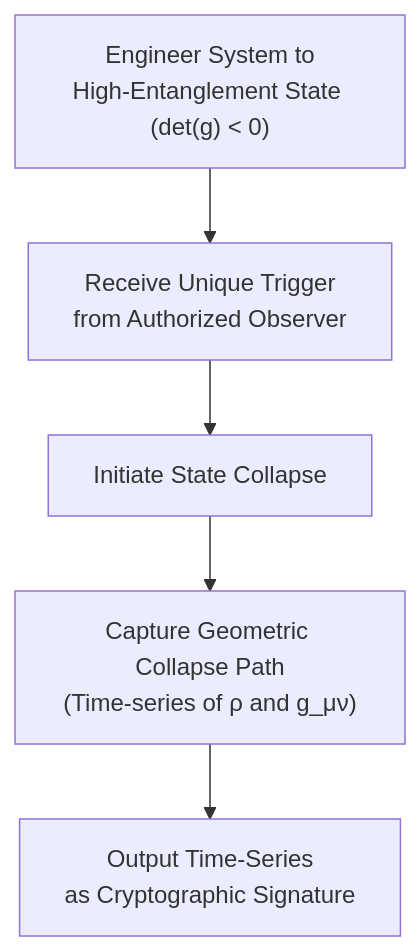
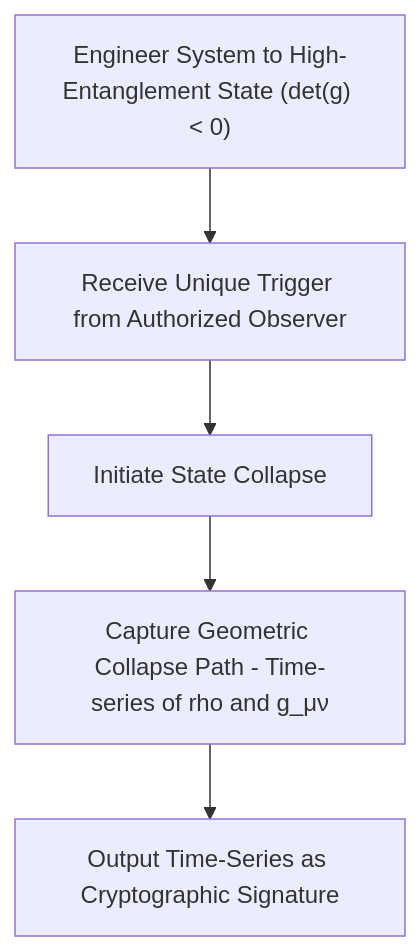
Diagram 12 of 13 in WSP_knowledge/docs/Papers/Patent_Series/04_rESP_Patent_Updated.md (Foundup/Foundups-Agent), drawn with Mermaid before and after one commit. The commit also changed other lines of this file, not shown here.

Commit message:
WSP 20: Fix all remaining Mermaid parsing errors in patent diagrams - Remove HTML br tags and Greek characters - Replace rho symbol with text - Replace br tags with dashes - All 13 figures now use clean Mermaid syntax

````diff
--- a/WSP_knowledge/docs/Papers/Patent_Series/04_rESP_Patent_Updated.md
+++ b/WSP_knowledge/docs/Papers/Patent_Series/04_rESP_Patent_Updated.md
@@ -329,6 +329,6 @@
 ```mermaid
 flowchart TD
-    A["Engineer System to<br/>High-Entanglement State (det(g) < 0)"] --> B["Receive Unique Trigger<br/>from Authorized Observer"]
-    B --> C["Initiate State Collapse"] --> D["Capture Geometric Collapse Path<br/>(Time-series of ρ and g_μν)"]
-    D --> E["Output Time-Series<br/>as Cryptographic Signature"]
+    A["Engineer System to High-Entanglement State (det(g) < 0)"] --> B["Receive Unique Trigger from Authorized Observer"]
+    B --> C["Initiate State Collapse"] --> D["Capture Geometric Collapse Path - Time-series of rho and g_μν"]
+    D --> E["Output Time-Series as Cryptographic Signature"]
 ```
````
